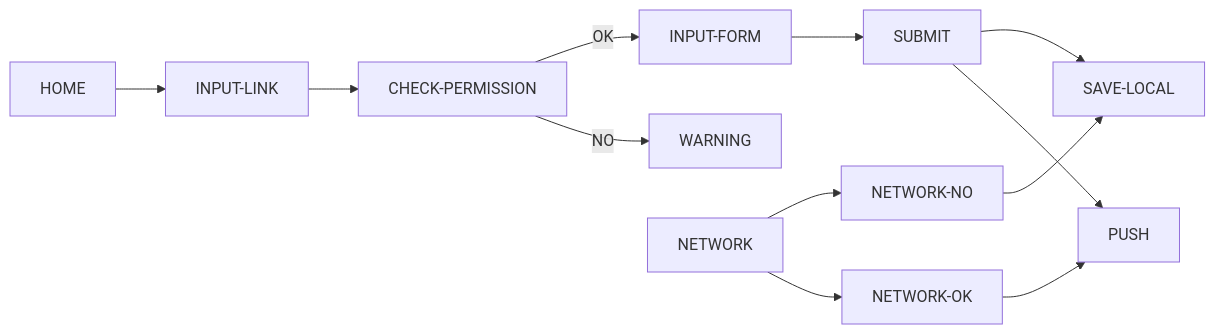
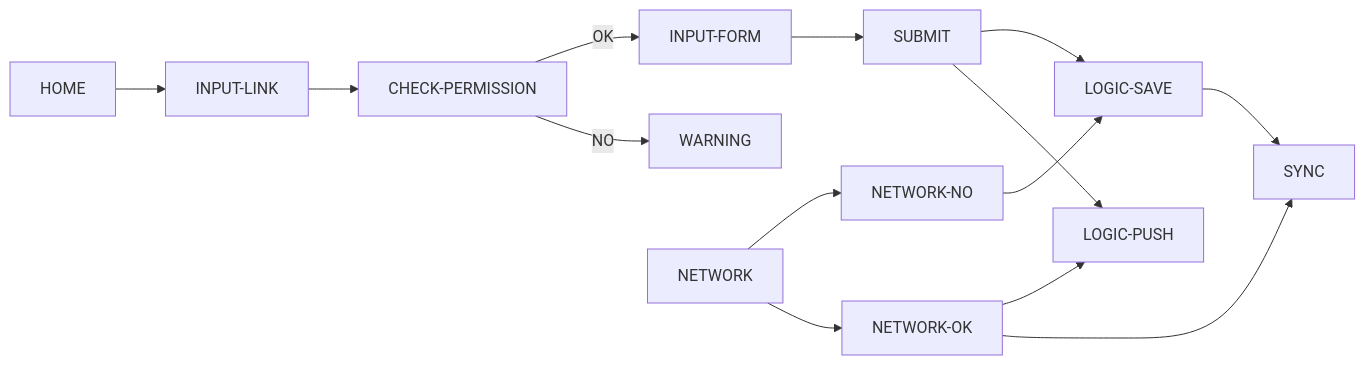
One commit to trethanhphat/tre-thanh-phat-pwa-docs changed the diagram in docs/input-flow.md. Above: the diagram before and after it, drawn with Mermaid.

````diff
--- a/docs/input-flow.md
+++ b/docs/input-flow.md
@@ -1,22 +1,25 @@
 ```mermaid
 flowchart LR
 HOME --> INPUT-LINK --> CHECK-PERMISSION;
 
 CHECK-PERMISSION --> |OK| INPUT-FORM;
 
 CHECK-PERMISSION --> |NO| WARNING;
 
 INPUT-FORM --> SUBMIT;
 
 NETWORK --> NETWORK-NO;
 
 NETWORK --> NETWORK-OK;
 
-SUBMIT --> SAVE-LOCAL;
+SUBMIT --> LOGIC-SAVE;
 
-NETWORK-NO --> SAVE-LOCAL;
+NETWORK-NO --> LOGIC-SAVE;
 
-NETWORK-OK --> PUSH
-SUBMIT --> PUSH
+NETWORK-OK --> LOGIC-PUSH;
+SUBMIT --> LOGIC-PUSH;
+
+LOGIC-SAVE --> SYNC;
+NETWORK-OK --> SYNC;
 
 ```
````
